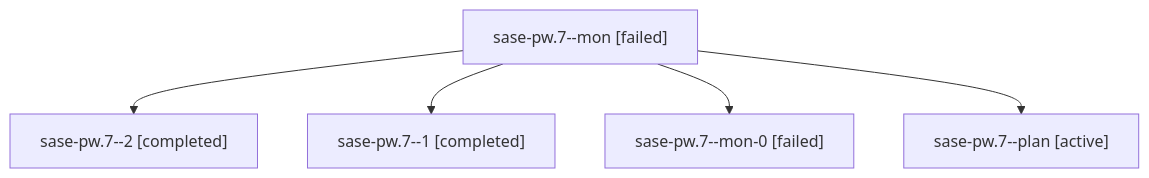
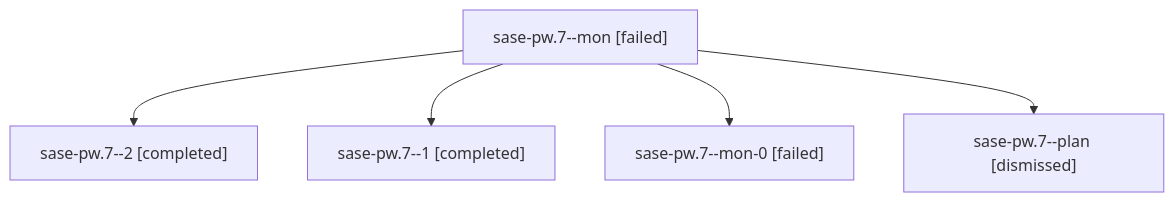
The diagram in sessions/bbugyi200.athena.sase-pw.7.md (sase-org/sase--agents), drawn with Mermaid before and after one commit. The commit also changed other lines of this file and 133 other files, not shown here.

````diff
--- a/sessions/bbugyi200.athena.sase-pw.7.md
+++ b/sessions/bbugyi200.athena.sase-pw.7.md
@@ -9,12 +9,12 @@
 ```mermaid
 flowchart TD
   n0["sase-pw.7--mon [failed]"]
   n1["sase-pw.7--2 [completed]"]
   n0 --> n1
   n2["sase-pw.7--1 [completed]"]
   n0 --> n2
   n3["sase-pw.7--mon-0 [failed]"]
   n0 --> n3
-  n4["sase-pw.7--plan [active]"]
+  n4["sase-pw.7--plan [dismissed]"]
   n0 --> n4
 ```
````
